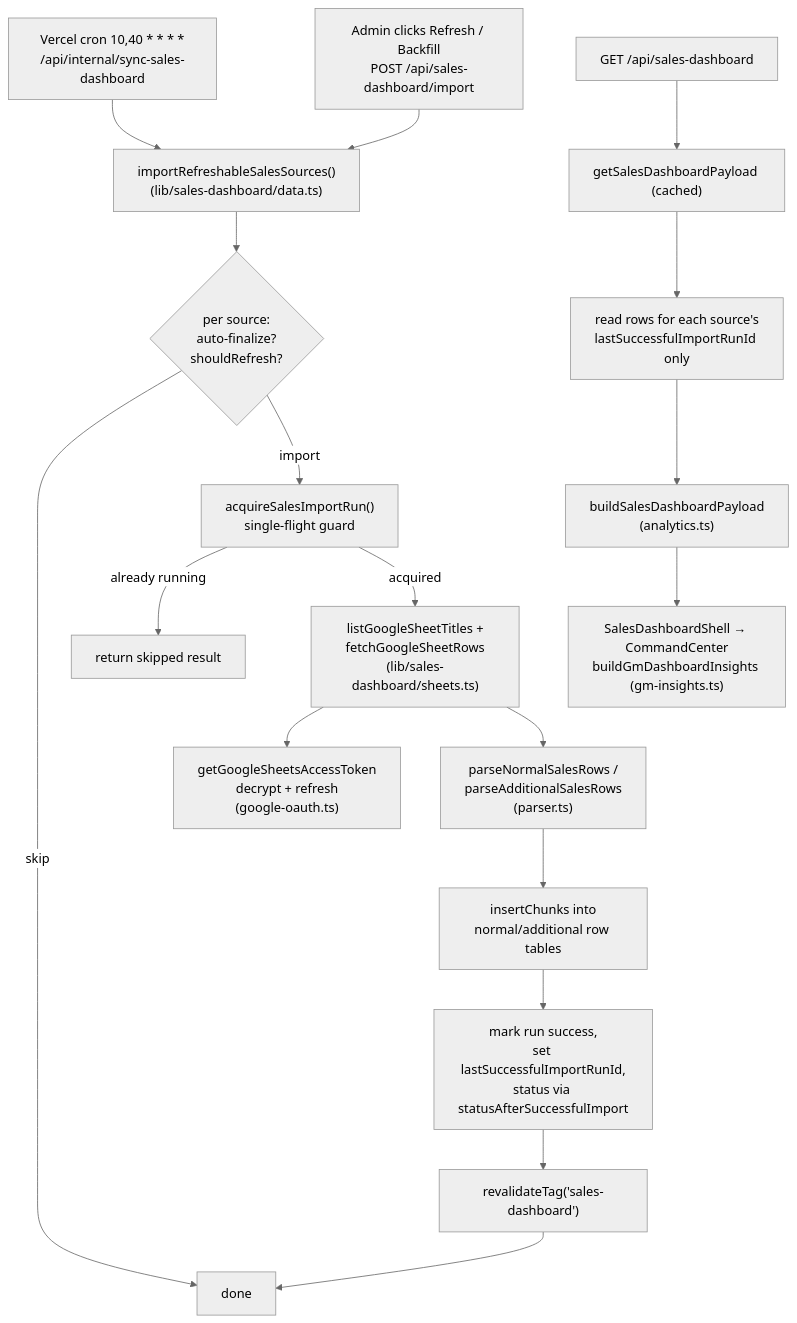
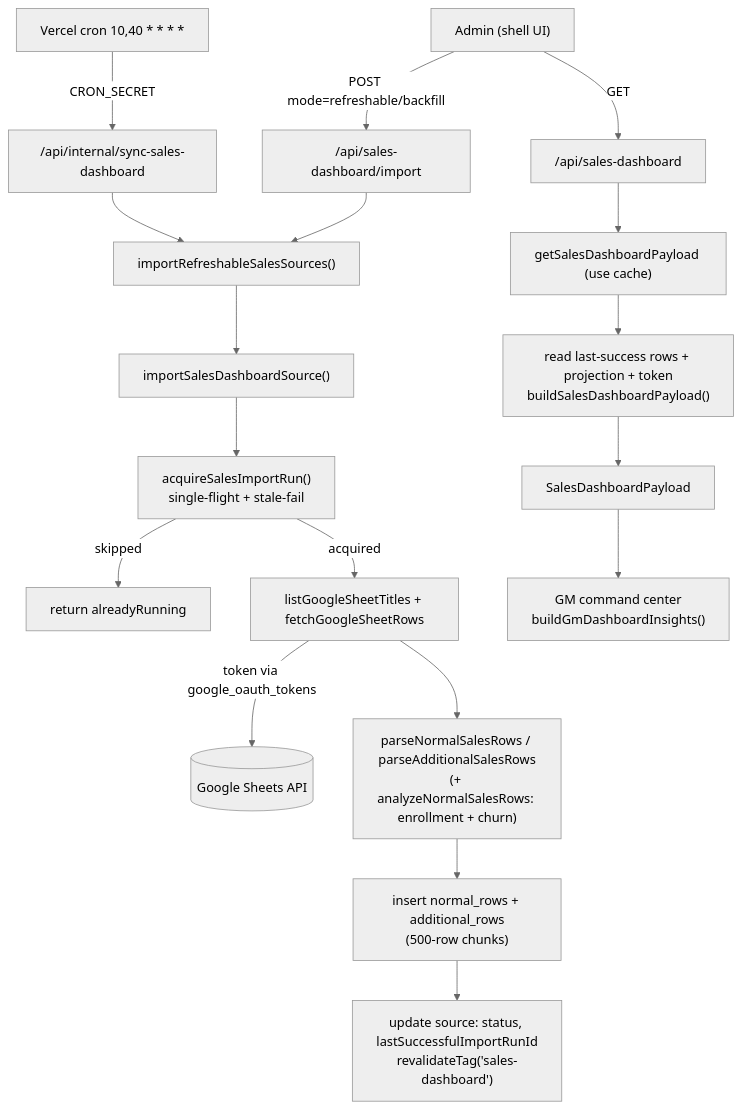
One commit to kasheesh711/bgscheduler changed the diagram in docs/features/sales-dashboard.md. Above: the diagram before and after it, drawn with Mermaid (neutral theme). The commit also changed other lines of this file and 63 other files, not shown here.

````diff
--- a/docs/features/sales-dashboard.md
+++ b/docs/features/sales-dashboard.md
@@ -51,21 +62,23 @@
 ```mermaid
 flowchart TD
-    Cron["Vercel cron 10,40 * * * *<br/>/api/internal/sync-sales-dashboard"] --> Refreshable
-    Manual["Admin clicks Refresh / Backfill<br/>POST /api/sales-dashboard/import"] --> Refreshable["importRefreshableSalesSources()<br/>(lib/sales-dashboard/data.ts)"]
-    Refreshable --> Lifecycle{"per source:<br/>auto-finalize?<br/>shouldRefresh?"}
-    Lifecycle -->|skip| Done
-    Lifecycle -->|import| Guard["acquireSalesImportRun()<br/>single-flight guard"]
-    Guard -->|already running| Skipped["return skipped result"]
-    Guard -->|acquired| Fetch["listGoogleSheetTitles +<br/>fetchGoogleSheetRows<br/>(lib/sales-dashboard/sheets.ts)"]
-    Fetch --> OAuth["getGoogleSheetsAccessToken<br/>decrypt + refresh<br/>(google-oauth.ts)"]
-    Fetch --> Parse["parseNormalSalesRows /<br/>parseAdditionalSalesRows<br/>(parser.ts)"]
-    Parse --> Persist["insertChunks into<br/>normal/additional row tables"]
-    Persist --> Promote["mark run success,<br/>set lastSuccessfulImportRunId,<br/>status via statusAfterSuccessfulImport"]
-    Promote --> Revalidate["revalidateTag('sales-dashboard')"]
-    Revalidate --> Done["done"]
+    Cron["Vercel cron 10,40 * * * *"] -->|CRON_SECRET| SyncRoute["/api/internal/sync-sales-dashboard"]
+    Admin["Admin (shell UI)"] -->|POST mode=refreshable/backfill| ImportRoute["/api/sales-dashboard/import"]
 
-    Read["GET /api/sales-dashboard"] --> Payload["getSalesDashboardPayload (cached)"]
-    Payload --> ReadRows["read rows for each source's<br/>lastSuccessfulImportRunId only"]
-    ReadRows --> Build["buildSalesDashboardPayload<br/>(analytics.ts)"]
-    Build --> Client["SalesDashboardShell → CommandCenter<br/>buildGmDashboardInsights (gm-insights.ts)"]
+    SyncRoute --> Refreshable["importRefreshableSalesSources()"]
+    ImportRoute --> Refreshable
+    Refreshable --> ImportOne["importSalesDashboardSource()"]
+
+    ImportOne --> Guard["acquireSalesImportRun()<br/>single-flight + stale-fail"]
+    Guard -->|skipped| Skip["return alreadyRunning"]
+    Guard -->|acquired| Fetch["listGoogleSheetTitles + fetchGoogleSheetRows"]
+    Fetch -->|token via google_oauth_tokens| Sheets[(Google Sheets API)]
+    Fetch --> Parse["parseNormalSalesRows / parseAdditionalSalesRows<br/>(+ analyzeNormalSalesRows: enrollment + churn)"]
+    Parse --> Persist["insert normal_rows + additional_rows<br/>(500-row chunks)"]
+    Persist --> Promote["update source: status, lastSuccessfulImportRunId<br/>revalidateTag('sales-dashboard')"]
+
+    Admin -->|GET| ReadRoute["/api/sales-dashboard"]
+    ReadRoute --> Cached["getSalesDashboardPayload (use cache)"]
+    Cached --> Build["read last-success rows + projection + token<br/>buildSalesDashboardPayload()"]
+    Build --> Payload["SalesDashboardPayload"]
+    Payload --> CC["GM command center<br/>buildGmDashboardInsights()"]
 ```
````
